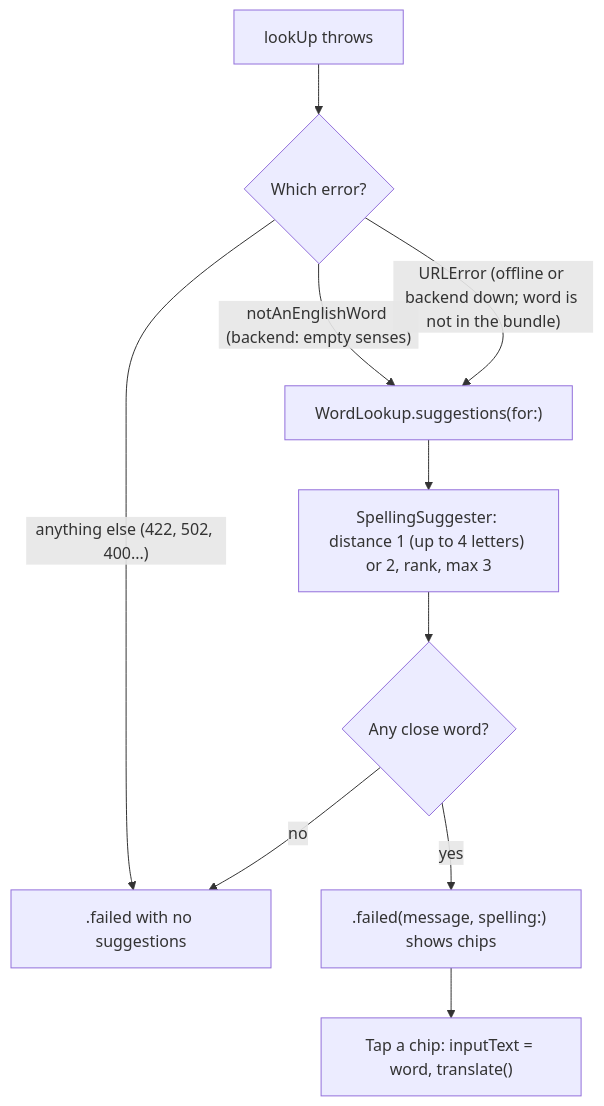
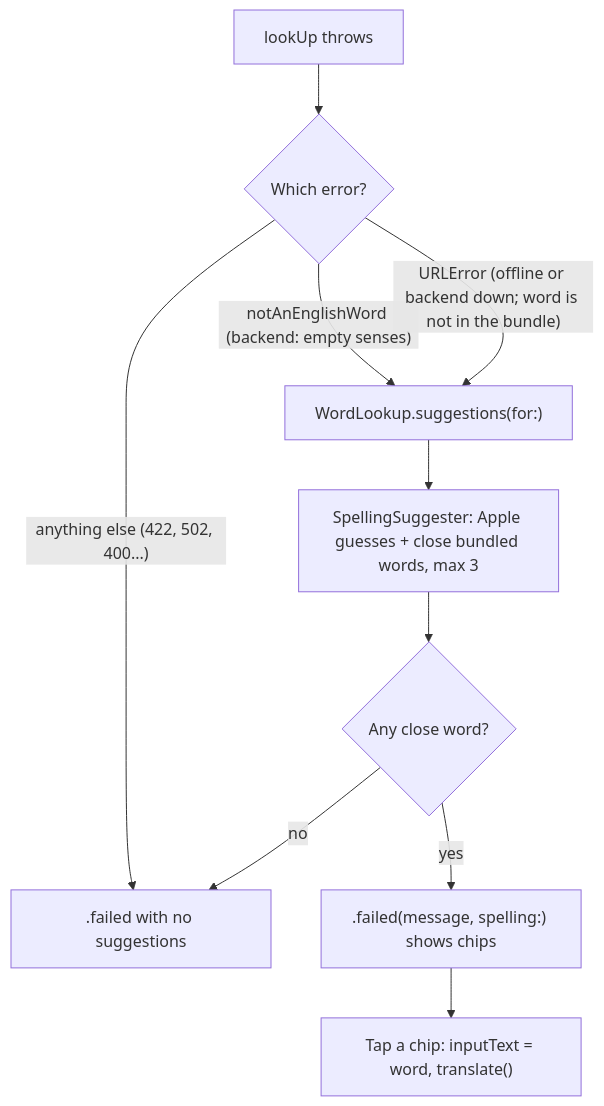
The fifth of 6 diagrams in backlog/docs/features/doc-5 - Word-lookup.md (tranphuocloc070699/saynata), drawn with Mermaid before and after one commit. The commit also changed other lines of this file and 4 other files, not shown here.

Commit message:
TASK-72: better did-you-mean (Apple's checker, looser match for long words)

````diff
--- a/backlog/docs/features/doc-5 - Word-lookup.md
+++ b/backlog/docs/features/doc-5 - Word-lookup.md
@@ -242,12 +242,12 @@
 ```mermaid
 flowchart TD
     F["lookUp throws"] --> C{"Which error?"}
     C -- "notAnEnglishWord (backend: empty senses)" --> S
     C -- "URLError (offline or backend down; word is not in the bundle)" --> S
     C -- "anything else (422, 502, 400...)" --> NOHELP[".failed with no suggestions"]
-    S["WordLookup.suggestions(for:)"] --> SS["SpellingSuggester: distance 1 (up to 4 letters) or 2, rank, max 3"]
+    S["WordLookup.suggestions(for:)"] --> SS["SpellingSuggester: Apple guesses + close bundled words, max 3"]
     SS --> E{"Any close word?"}
     E -- yes --> CHIPS[".failed(message, spelling:) shows chips"]
     E -- no --> NOHELP
     CHIPS --> TAP["Tap a chip: inputText = word, translate()"]
 ```
````
